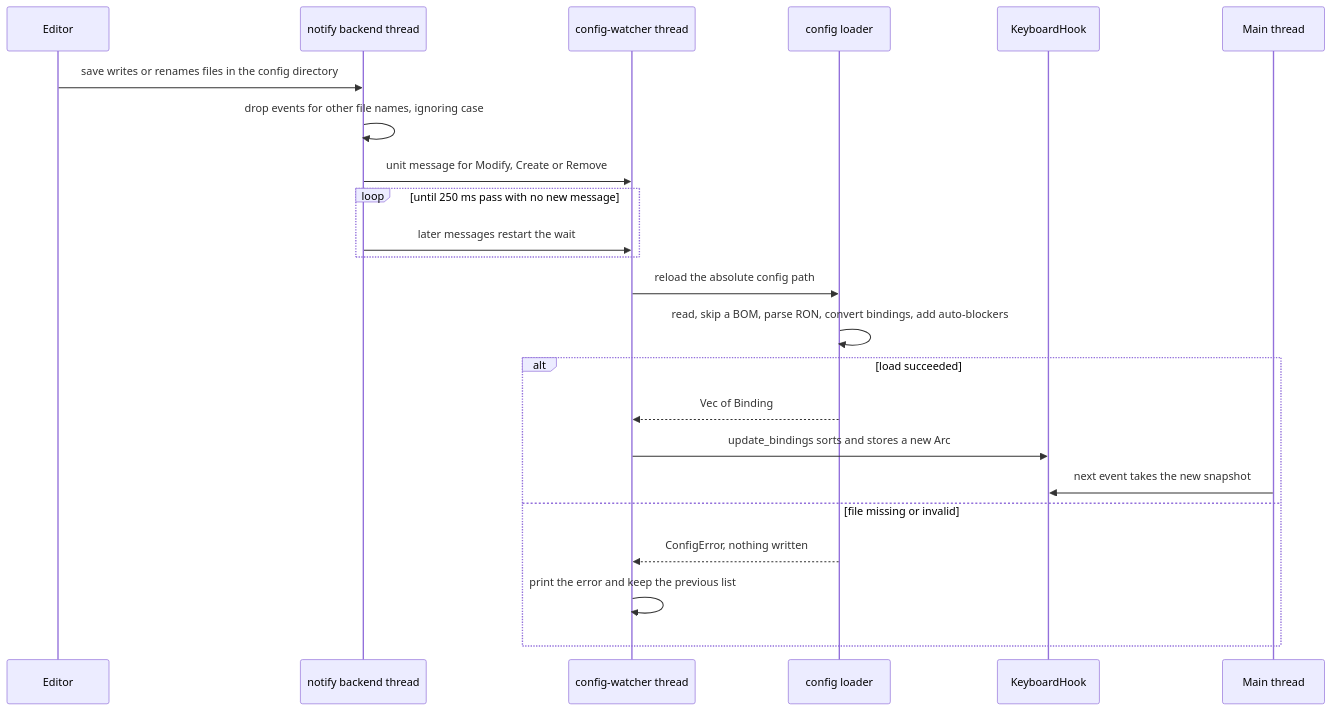
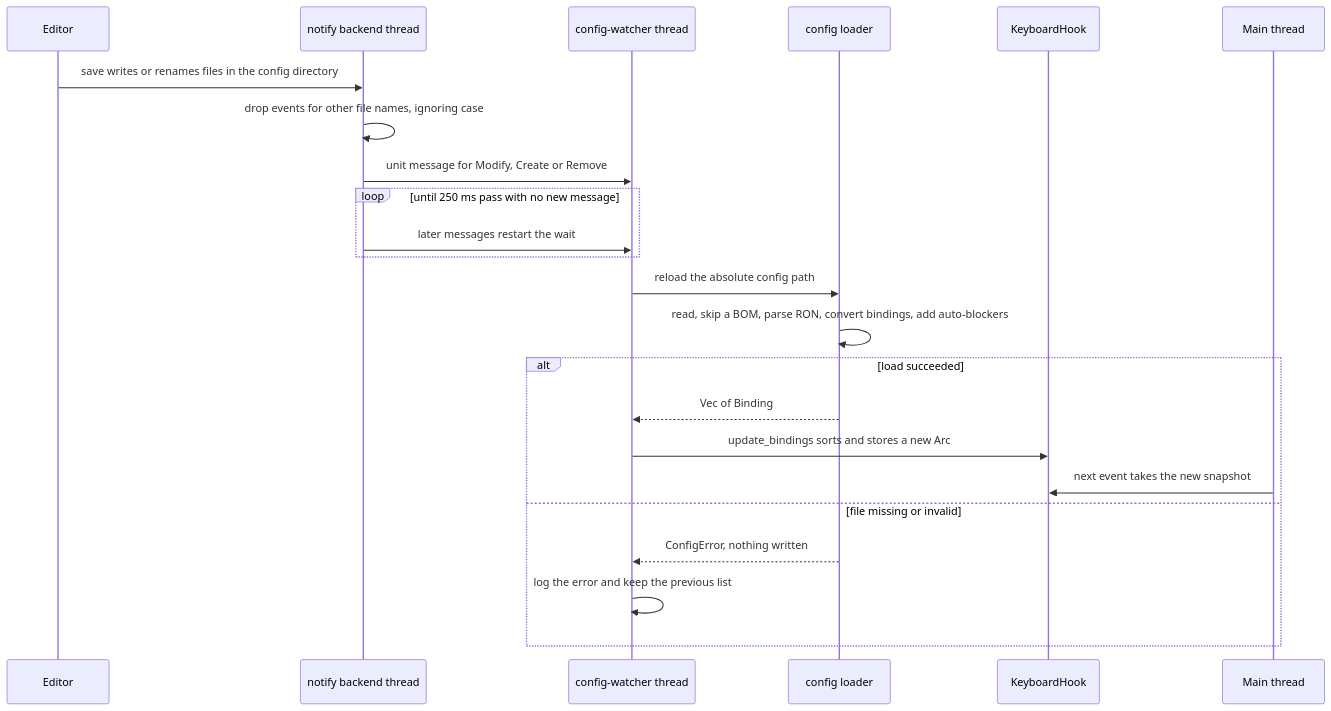
The sixth of 7 diagrams in book/src/architecture.md (bluesteelll/key-switch-rs), drawn with Mermaid before and after one commit. The commit also changed other lines of this file and 8 other files, not shown here.

````diff
--- a/book/src/architecture.md
+++ b/book/src/architecture.md
@@ -430,25 +431,25 @@
 ```mermaid
 sequenceDiagram
     participant ED as Editor
     participant NB as notify backend thread
     participant CW as config-watcher thread
     participant LD as config loader
     participant KH as KeyboardHook
     participant MT as Main thread
     ED->>NB: save writes or renames files in the config directory
     NB->>NB: drop events for other file names, ignoring case
     NB->>CW: unit message for Modify, Create or Remove
     loop until 250 ms pass with no new message
         NB->>CW: later messages restart the wait
     end
     CW->>LD: reload the absolute config path
     LD->>LD: read, skip a BOM, parse RON, convert bindings, add auto-blockers
     alt load succeeded
         LD-->>CW: Vec of Binding
         CW->>KH: update_bindings sorts and stores a new Arc
         MT->>KH: next event takes the new snapshot
     else file missing or invalid
         LD-->>CW: ConfigError, nothing written
-        CW->>CW: print the error and keep the previous list
+        CW->>CW: log the error and keep the previous list
     end
 ```
````
